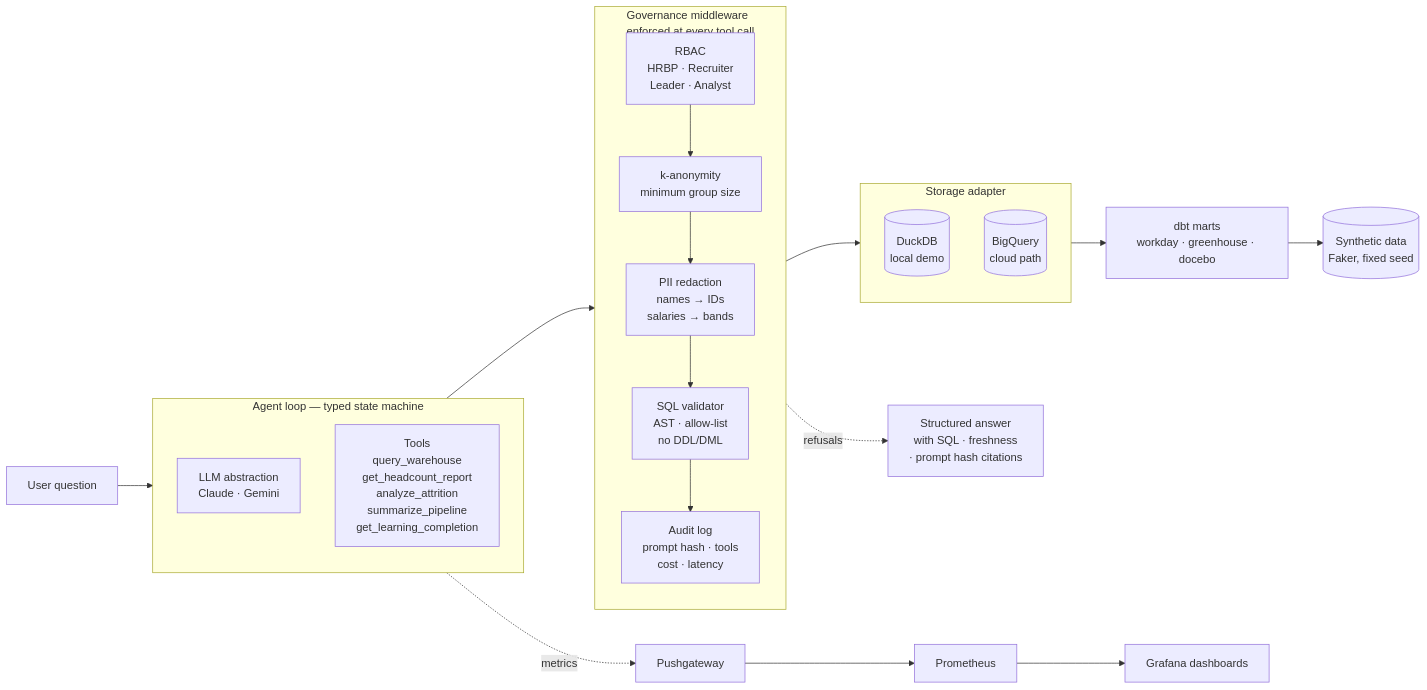
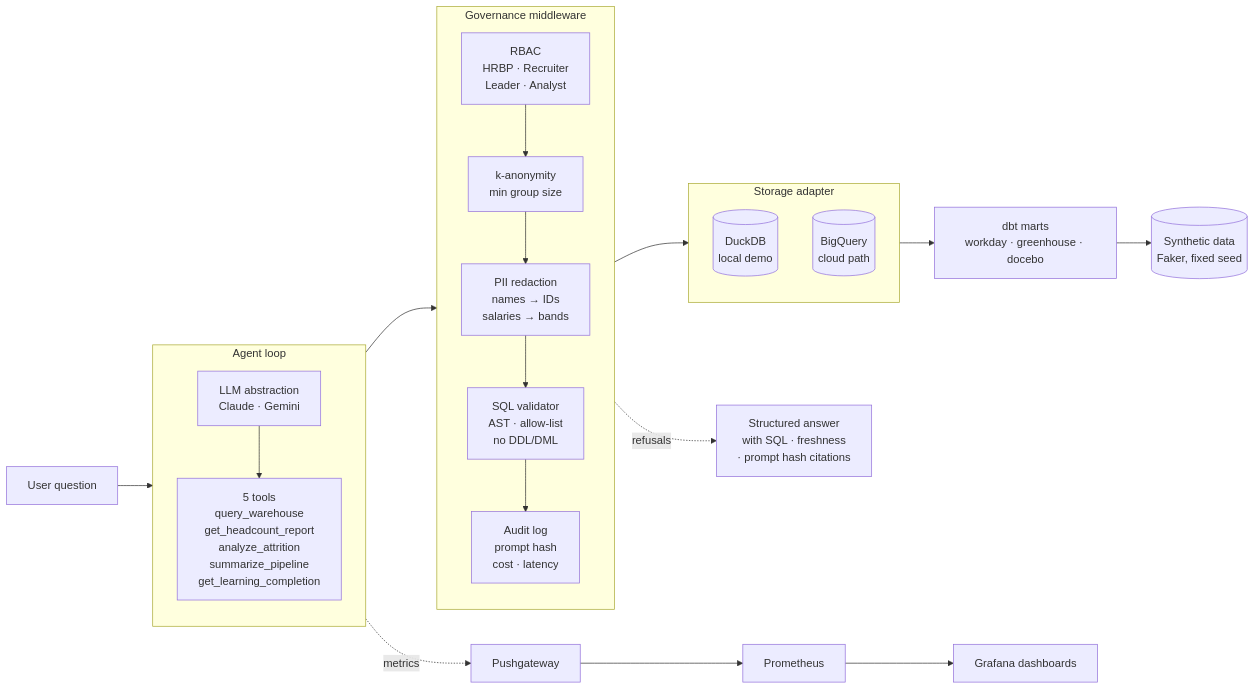
One commit to berkunis/people-intelligence-agent changed the diagram in README.md. Above: the diagram before and after it, drawn with Mermaid.

Commit message:
docs: fix mermaid layout — single-line subgraph titles + explicit direction
Multi-line subgraph titles caused Mermaid to miscalculate height, which
overlapped the first child node (RBAC). Fixed by removing <br/> from
subgraph labels and pinning direction=TB inside each subgraph so the
node layout inside is predictable.

````diff
--- a/README.md
+++ b/README.md
@@ -59,35 +59,39 @@
 ```mermaid
 flowchart LR
     U[User question] --> AGENT
 
-    subgraph AGENT[Agent loop — typed state machine]
+    subgraph AGENT [Agent loop]
+        direction TB
         LLM[LLM abstraction<br/>Claude · Gemini]
-        TOOLS[Tools<br/>query_warehouse<br/>get_headcount_report<br/>analyze_attrition<br/>summarize_pipeline<br/>get_learning_completion]
+        TOOLS[5 tools<br/>query_warehouse<br/>get_headcount_report<br/>analyze_attrition<br/>summarize_pipeline<br/>get_learning_completion]
+        LLM --> TOOLS
     end
 
     AGENT --> GOV
 
-    subgraph GOV[Governance middleware<br/>enforced at every tool call]
+    subgraph GOV [Governance middleware]
+        direction TB
         RBAC[RBAC<br/>HRBP · Recruiter<br/>Leader · Analyst]
-        KANON[k-anonymity<br/>minimum group size]
+        KANON[k-anonymity<br/>min group size]
         PII[PII redaction<br/>names → IDs<br/>salaries → bands]
         VAL[SQL validator<br/>AST · allow-list<br/>no DDL/DML]
-        AUDIT[Audit log<br/>prompt hash · tools<br/>cost · latency]
+        AUDIT[Audit log<br/>prompt hash<br/>cost · latency]
         RBAC --> KANON --> PII --> VAL --> AUDIT
     end
 
     GOV --> STORE
 
-    subgraph STORE[Storage adapter]
+    subgraph STORE [Storage adapter]
+        direction TB
         DB1[(DuckDB<br/>local demo)]
         DB2[(BigQuery<br/>cloud path)]
     end
 
     STORE --> DBT[dbt marts<br/>workday · greenhouse · docebo]
     DBT --> DATA[(Synthetic data<br/>Faker, fixed seed)]
 
     AGENT -.metrics.-> PUSH[Pushgateway]
     PUSH --> PROM[Prometheus] --> GRAF[Grafana dashboards]
 
     GOV -.refusals.-> ANSWER[Structured answer<br/>with SQL · freshness<br/>· prompt hash citations]
 ```
````
